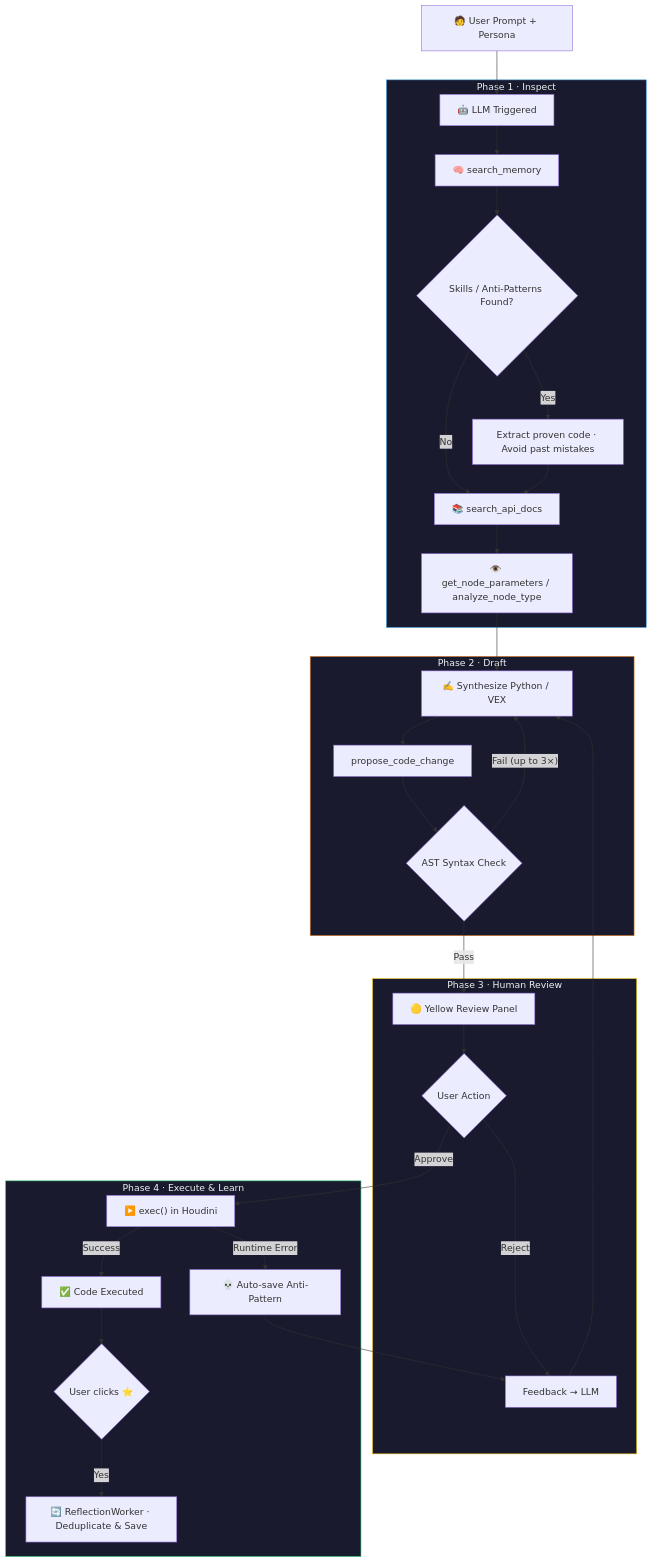
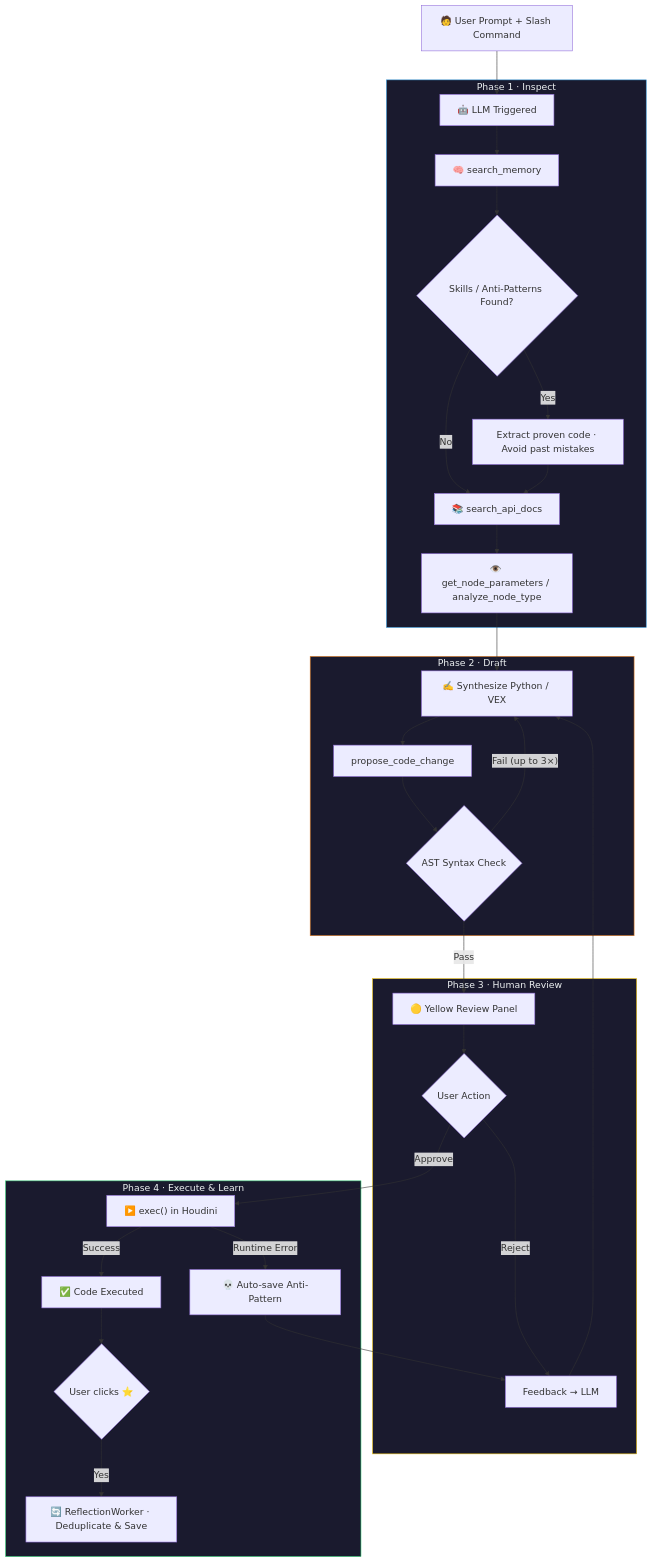
Before and after one commit to mangomaker5/Houdini-LLM: the first of 3 diagrams in agentic_workflow.md, drawn with Mermaid. The commit also changed other lines of this file and 10 other files, not shown here.

````diff
--- a/agentic_workflow.md
+++ b/agentic_workflow.md
@@ -13,41 +13,41 @@
 ```mermaid
 graph TD
-    A["🧑 User Prompt + Persona"] --> B["🤖 LLM Triggered"]
+    A["🧑 User Prompt + Slash Command"] --> B["🤖 LLM Triggered"]
 
     subgraph INSPECT["Phase 1 · Inspect"]
         B --> C["🧠 search_memory"]
         C --> D{"Skills / Anti-Patterns Found?"}
         D -- Yes --> E["Extract proven code · Avoid past mistakes"]
         D -- No --> F["📚 search_api_docs"]
         E --> F
         F --> G["👁️ get_node_parameters / analyze_node_type"]
     end
 
     subgraph DRAFT["Phase 2 · Draft"]
         G --> H["✍️ Synthesize Python / VEX"]
         H --> I["propose_code_change"]
         I --> J{"AST Syntax Check"}
         J -- "Fail (up to 3×)" --> H
     end
 
     subgraph REVIEW["Phase 3 · Human Review"]
         J -- Pass --> K["🟡 Yellow Review Panel"]
         K --> L{"User Action"}
         L -- Reject --> M["Feedback → LLM"]
         M --> H
     end
 
     subgraph EXECUTE["Phase 4 · Execute & Learn"]
         L -- Approve --> N["▶️ exec() in Houdini"]
         N -- "Runtime Error" --> O["💀 Auto-save Anti-Pattern"]
         O --> M
         N -- Success --> P["✅ Code Executed"]
         P --> Q{"User clicks ⭐"}
         Q -- Yes --> R["🔄 ReflectionWorker · Deduplicate & Save"]
     end
 
     style INSPECT fill:#1a1a2e,stroke:#3498db,color:#ecf0f1
     style DRAFT fill:#1a1a2e,stroke:#e67e22,color:#ecf0f1
     style REVIEW fill:#1a1a2e,stroke:#f1c40f,color:#ecf0f1
     style EXECUTE fill:#1a1a2e,stroke:#2ecc71,color:#ecf0f1
 ```
````
